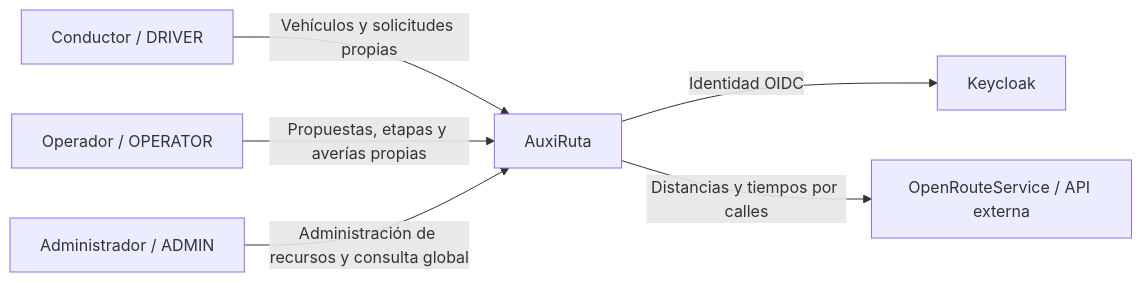
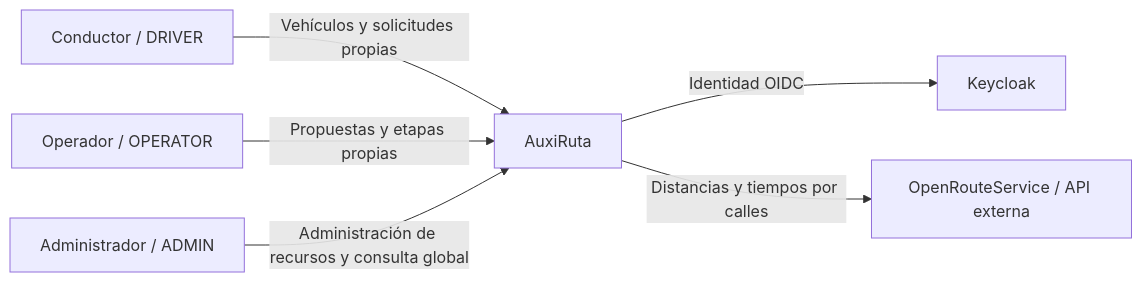
The first of 2 diagrams in docs/diagramas/AuxiRuta_C1_C2.md (Enzo1600/BACK-TPI-G1), drawn with Mermaid before and after one commit. The commit also changed other lines of this file and 10 other files, not shown here.

````diff
--- a/docs/diagramas/AuxiRuta_C1_C2.md
+++ b/docs/diagramas/AuxiRuta_C1_C2.md
@@ -7,8 +7,8 @@
 ```mermaid
 flowchart LR
     D[Conductor / DRIVER] -->|Vehículos y solicitudes propias| S[AuxiRuta]
-    O[Operador / OPERATOR] -->|Propuestas, etapas y averías propias| S
+    O[Operador / OPERATOR] -->|Propuestas y etapas propias| S
     A[Administrador / ADMIN] -->|Administración de recursos y consulta global| S
     S -->|Identidad OIDC| K[Keycloak]
     S -->|Distancias y tiempos por calles| R[OpenRouteService / API externa]
 ```
````
